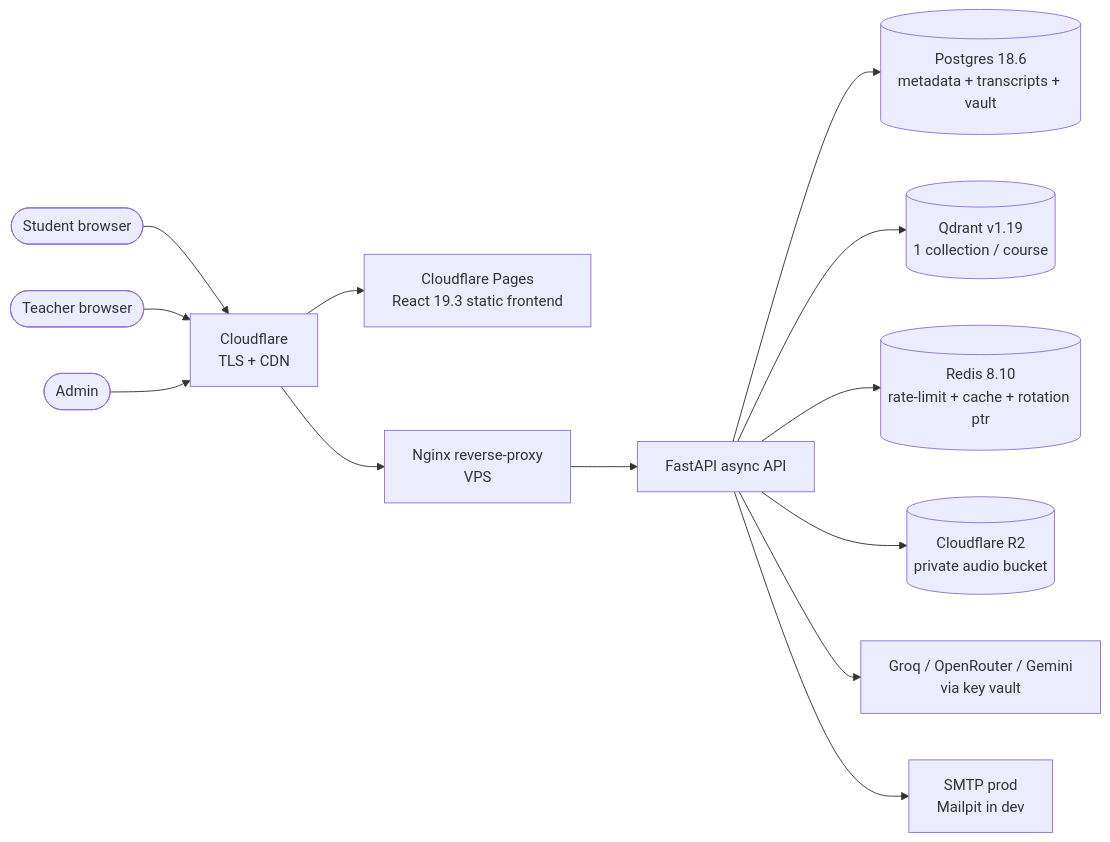
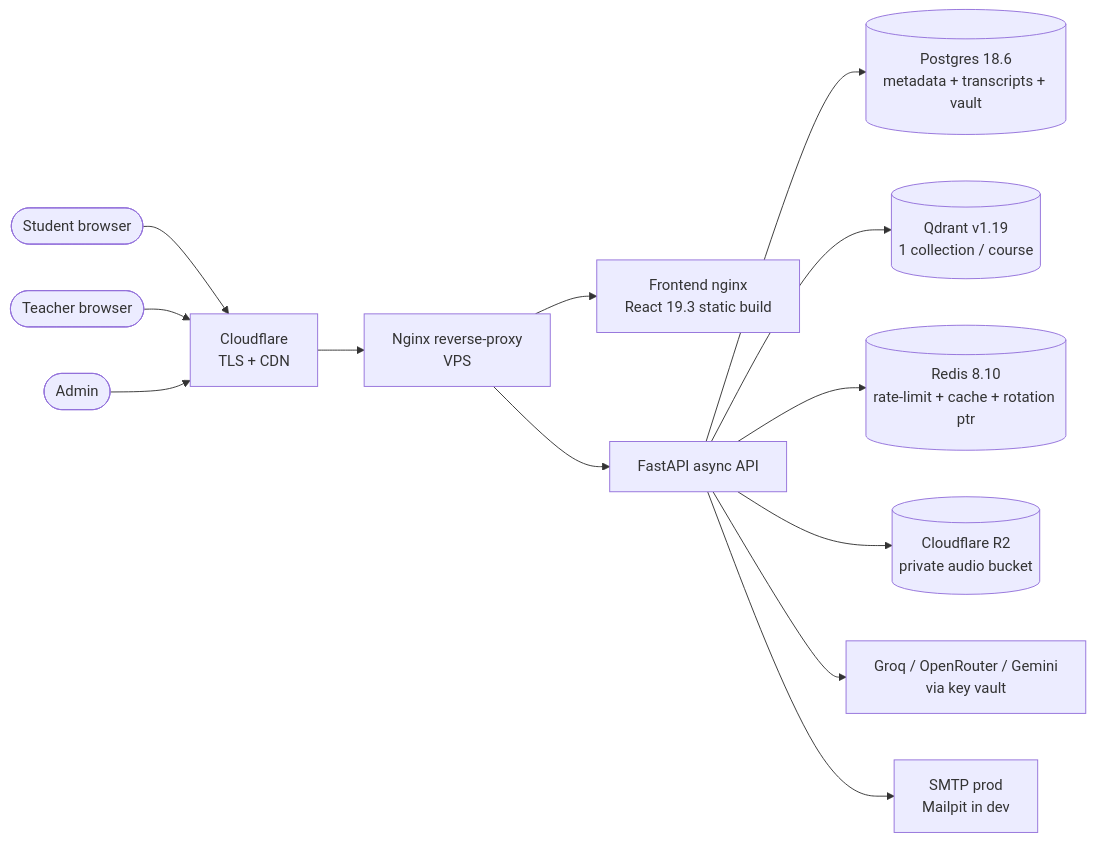
Before and after one commit to Mahmoud-El-Saeed/majlis: the first of 2 diagrams in docs/architecture.md, drawn with Mermaid. The commit also changed other lines of this file and 11 other files, not shown here.

First line of the commit message:
feat(infra): serve the frontend from its own compose service (retire Cloudflare Pages hosting)

````diff
--- a/docs/architecture.md
+++ b/docs/architecture.md
@@ -7,15 +7,15 @@
 ```mermaid
 flowchart LR
     Student([Student browser]) --> CF[Cloudflare<br/>TLS + CDN]
     Teacher([Teacher browser]) --> CF
     Admin([Admin]) --> CF
-    CF --> Pages[Cloudflare Pages<br/>React 19.3 static frontend]
     CF --> Proxy[Nginx reverse-proxy<br/>VPS]
+    Proxy --> FE[Frontend nginx<br/>React 19.3 static build]
     Proxy --> API[FastAPI async API]
     API --> PG[(Postgres 18.6<br/>metadata + transcripts + vault)]
     API --> QD[(Qdrant v1.19<br/>1 collection / course)]
     API --> RD[(Redis 8.10<br/>rate-limit + cache + rotation ptr)]
     API --> R2[(Cloudflare R2<br/>private audio bucket)]
     API --> LLMs[Groq / OpenRouter / Gemini<br/>via key vault]
     API --> SMTP[SMTP prod<br/>Mailpit in dev]
 ```
````
